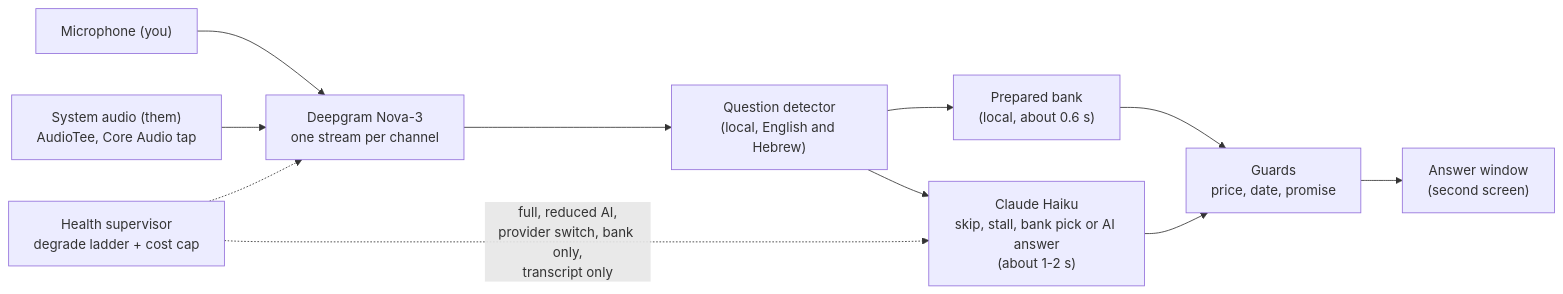
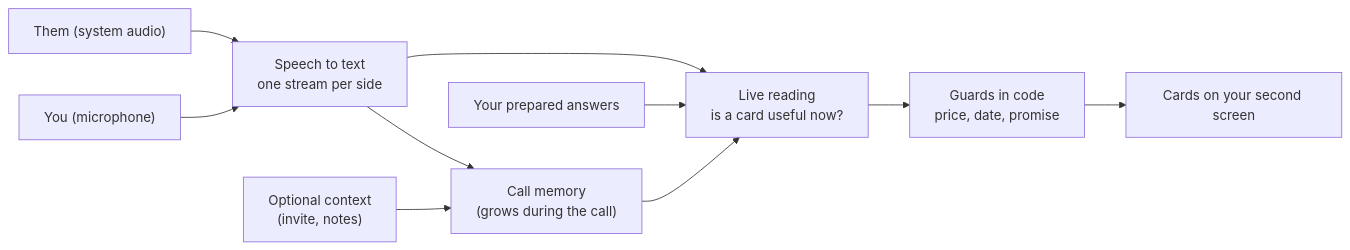
The diagram in README.md (koren850/wingman), drawn with Mermaid before and after one commit. The commit also changed other lines of this file and 18 other files, not shown here.

````diff
--- a/README.md
+++ b/README.md
@@ -63,13 +44,12 @@
 ```mermaid
 flowchart LR
-  mic["Microphone (you)"] --> stt
-  sys["System audio (them)<br/>AudioTee, Core Audio tap"] --> stt
-  stt["Deepgram Nova-3<br/>one stream per channel"] --> det["Question detector<br/>(local, English and Hebrew)"]
-  det --> bank["Prepared bank<br/>(local, about 0.6 s)"]
-  det --> llm["Claude Haiku<br/>skip, stall, bank pick or AI answer<br/>(about 1-2 s)"]
-  bank --> guards["Guards<br/>price, date, promise"]
-  llm --> guards
-  guards --> win["Answer window<br/>(second screen)"]
-  health["Health supervisor<br/>degrade ladder + cost cap"] -. "full, reduced AI,<br/>provider switch, bank only,<br/>transcript only" .-> llm
-  health -.-> stt
+  mic["You (microphone)"] --> stt["Speech to text<br/>one stream per side"]
+  sys["Them (system audio)"] --> stt
+  ctx["Optional context<br/>(invite, notes)"] --> mem
+  stt --> mem["Call memory<br/>(grows during the call)"]
+  stt --> pick["Live reading<br/>is a card useful now?"]
+  mem --> pick
+  bank["Your prepared answers"] --> pick
+  pick --> guards["Guards in code<br/>price, date, promise"]
+  guards --> win["Cards on your second screen"]
 ```
````
